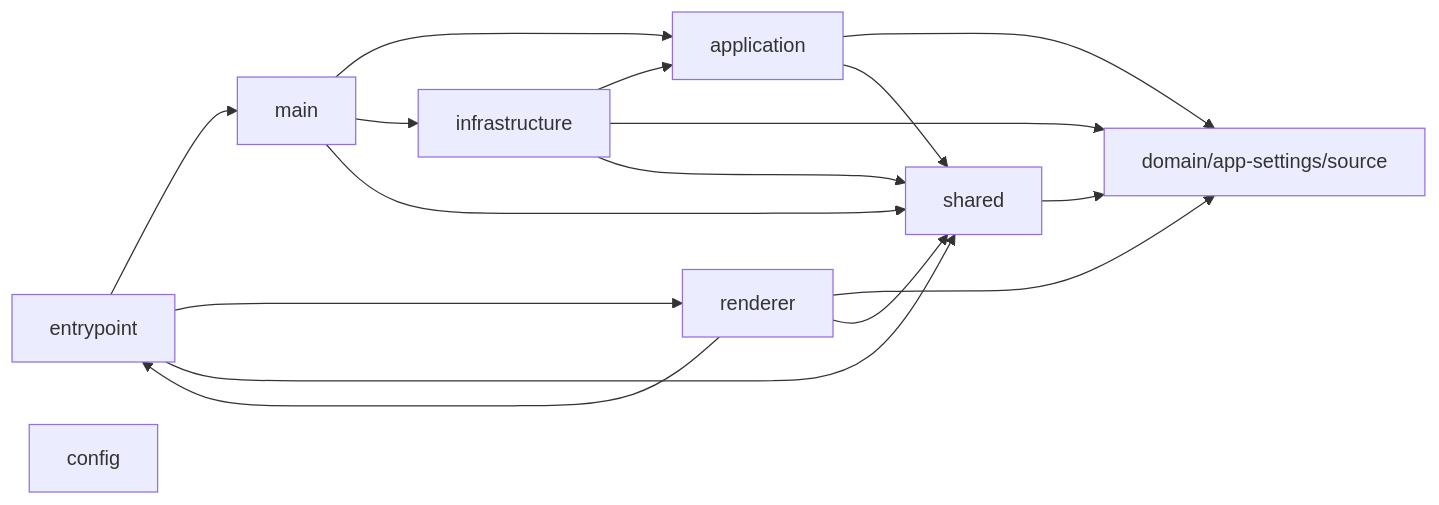
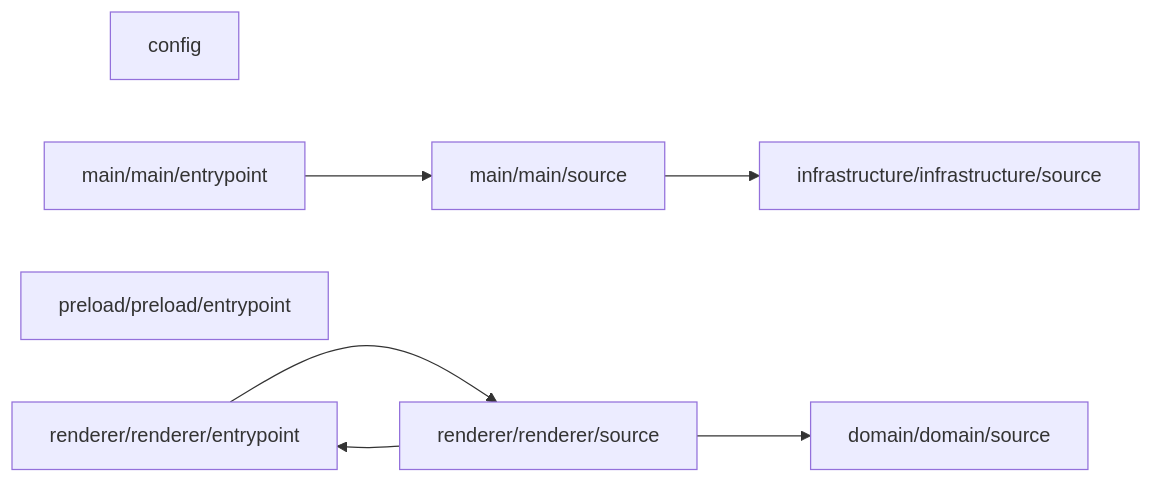
The diagram in .sdd/analysis/layers.md (723poil/sdd), drawn with Mermaid before and after one commit. The commit also changed other lines of this file and 166 other files, not shown here.

````diff
--- a/.sdd/analysis/layers.md
+++ b/.sdd/analysis/layers.md
@@ -7,26 +7,16 @@
 ```mermaid
 flowchart LR
-  layer0["entrypoint"]
-  layer1["main"]
-  layer2["renderer"]
-  layer3["application"]
-  layer4["infrastructure"]
-  layer5["shared"]
-  layer6["config"]
-  layer7["domain/app-settings/source"]
-  layer0 --> layer1
-  layer0 --> layer2
-  layer0 --> layer5
-  layer1 --> layer3
-  layer1 --> layer4
-  layer1 --> layer5
-  layer2 --> layer7
-  layer2 --> layer0
-  layer2 --> layer5
-  layer3 --> layer7
-  layer3 --> layer5
-  layer4 --> layer3
-  layer4 --> layer7
-  layer4 --> layer5
-  layer5 --> layer7
+  layer0["config"]
+  layer1["domain/domain/source"]
+  layer2["infrastructure/infrastructure/source"]
+  layer3["main/main/entrypoint"]
+  layer4["main/main/source"]
+  layer5["preload/preload/entrypoint"]
+  layer6["renderer/renderer/entrypoint"]
+  layer7["renderer/renderer/source"]
+  layer3 --> layer4
+  layer4 --> layer2
+  layer6 --> layer7
+  layer7 --> layer1
+  layer7 --> layer6
 ```
````
